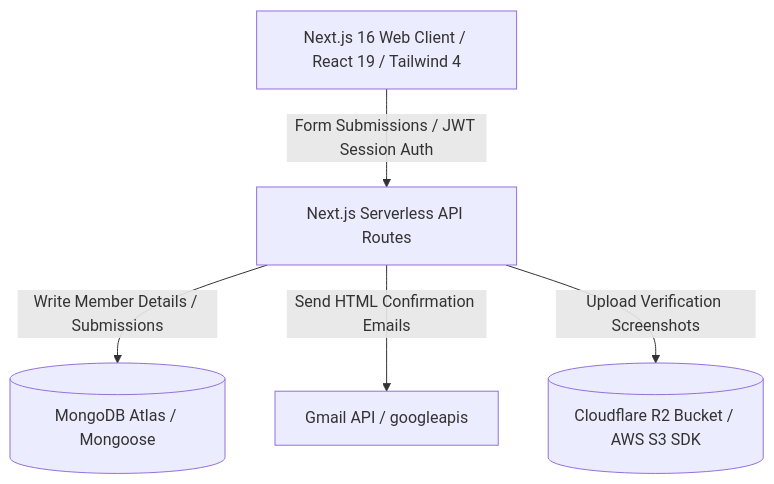
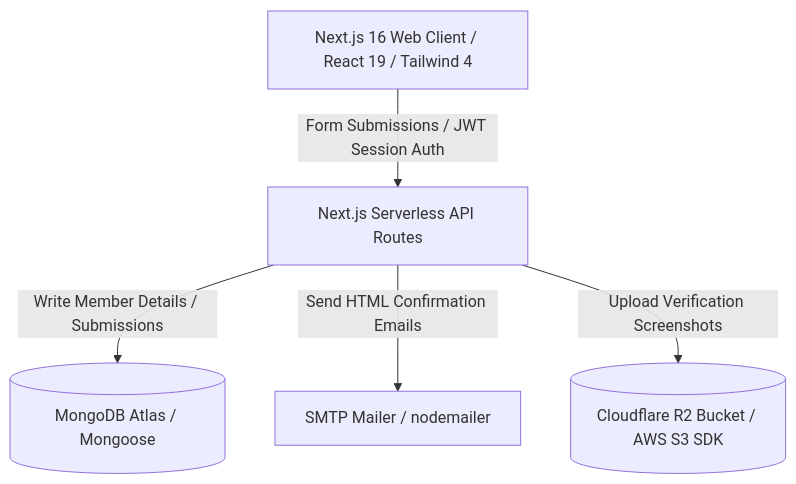
Before and after one commit to cloudcommunityclub/snist-website-fn: the diagram in docs/ai-memory/01-architecture.md, drawn with Mermaid. The commit also changed other lines of this file and 14 other files, not shown here.

````diff
--- a/docs/ai-memory/01-architecture.md
+++ b/docs/ai-memory/01-architecture.md
@@ -5,13 +5,13 @@
 ```mermaid
 graph TD
     Client[Next.js 16 Web Client / React 19 / Tailwind 4]
     API[Next.js Serverless API Routes]
     DB[(MongoDB Atlas / Mongoose)]
-    Gmail[Gmail API / googleapis]
+    SMTP[SMTP Mailer / nodemailer]
     R2[(Cloudflare R2 Bucket / AWS S3 SDK)]
 
     Client -->|Form Submissions / JWT Session Auth| API
     API -->|Write Member Details / Submissions| DB
-    API -->|Send HTML Confirmation Emails| Gmail
+    API -->|Send HTML Confirmation Emails| SMTP
     API -->|Upload Verification Screenshots| R2
 ```
````
